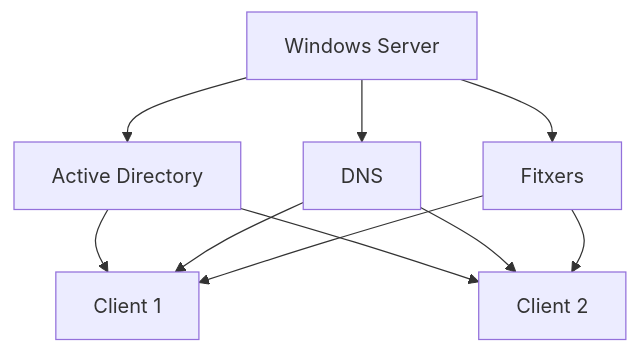
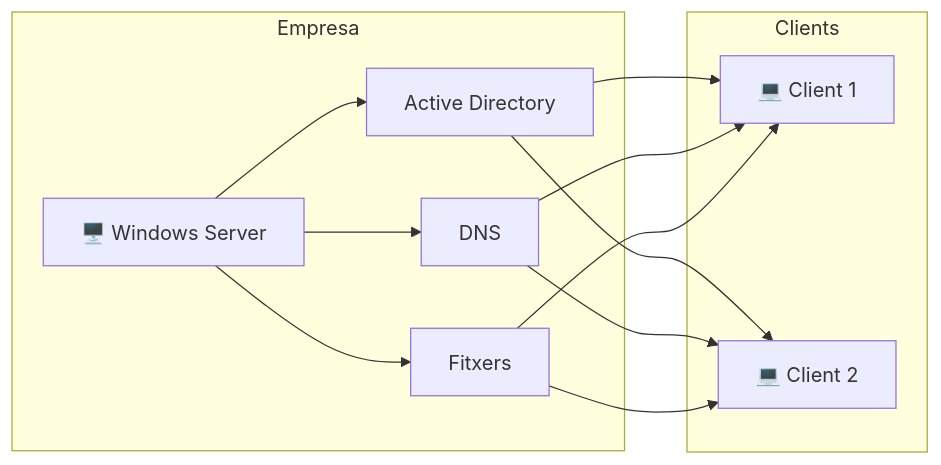
One commit to xtartera/TartyDocs changed the diagram in docs/windows/u01/llico-1-1.md. Above: the diagram before and after it, drawn with Mermaid. The commit also changed other lines of this file and 2 other files, not shown here.

````diff
--- a/docs/windows/u01/llico-1-1.md
+++ b/docs/windows/u01/llico-1-1.md
@@ -44,12 +42,19 @@
     ``` mermaid
-    flowchart TD
-        WS[Windows Server] --> AD[Active Directory]
-        WS --> DNS[DNS]
-        WS --> FS[Fitxers]
-        AD --> C1[Client 1]
-        AD --> C2[Client 2]
+    flowchart LR
+        subgraph Empresa
+            WS[🖥️ Windows Server]
+            WS --> AD[Active Directory]
+            WS --> DNS[DNS]
+            WS --> FS[Fitxers]
+        end
+        subgraph Clients
+            C1[💻 Client 1]
+            C2[💻 Client 2]
+        end
+        AD --> C1
+        AD --> C2
         DNS --> C1
         DNS --> C2
         FS --> C1
         FS --> C2
     ```
````
